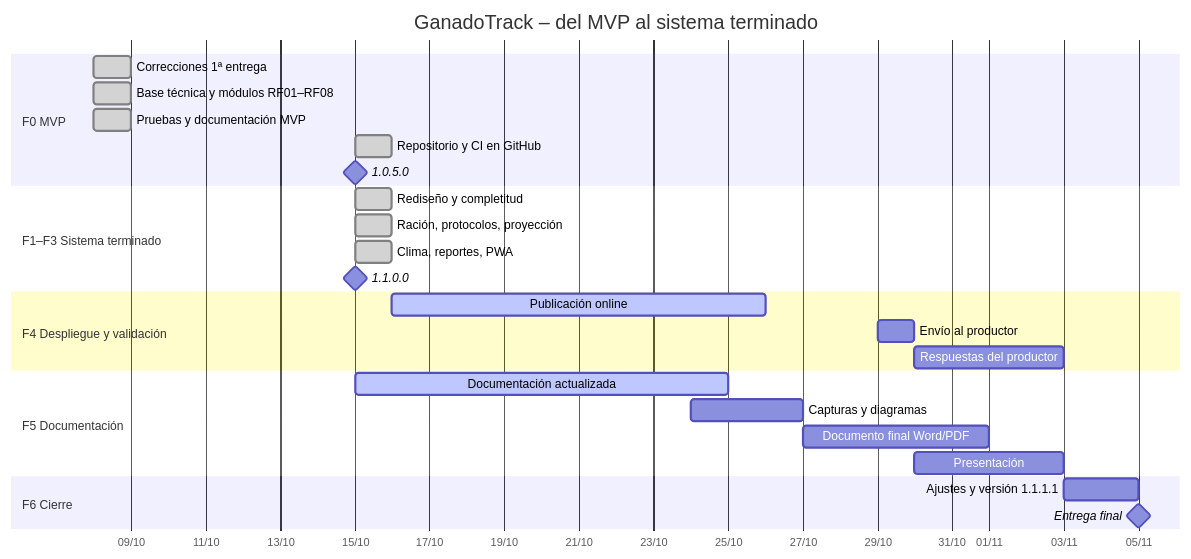
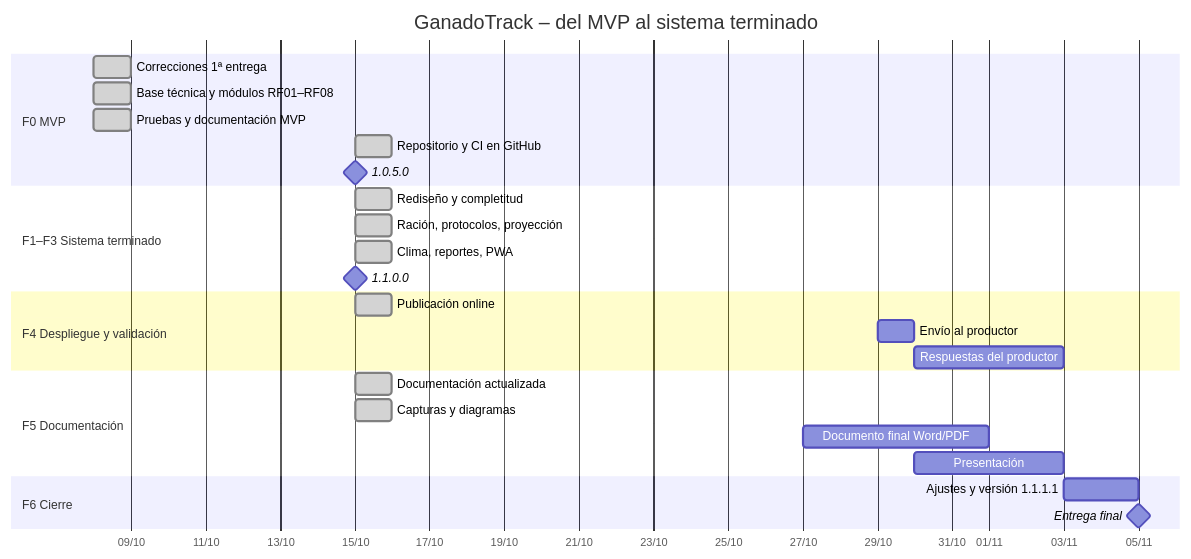
The diagram in docs/entrega2/14-cronograma.md (mateogit114730/ganadotrack), drawn with Mermaid before and after one commit. The commit also changed other lines of this file and 49 other files, not shown here.

First line of the commit message:
#28 - Diagramas en PNG (10, con DER resumido), capturas de GitHub y menú lateral completo en las capturas de página completa

````diff
--- a/docs/entrega2/14-cronograma.md
+++ b/docs/entrega2/14-cronograma.md
@@ -59,34 +59,34 @@
 ```mermaid
 gantt
   title GanadoTrack – del MVP al sistema terminado
   dateFormat YYYY-MM-DD
   axisFormat %d/%m
 
   section F0 MVP
   Correcciones 1ª entrega          :done, t1, 2026-10-08, 1d
   Base técnica y módulos RF01–RF08 :done, t3, 2026-10-08, 1d
   Pruebas y documentación MVP      :done, t13, 2026-10-08, 1d
   Repositorio y CI en GitHub       :done, t2, 2026-10-15, 1d
   1.0.5.0                          :milestone, m0, 2026-10-15, 0d
 
   section F1–F3 Sistema terminado
   Rediseño y completitud           :done, t18, 2026-10-15, 1d
   Ración, protocolos, proyección   :done, t20, 2026-10-15, 1d
   Clima, reportes, PWA             :done, t23, 2026-10-15, 1d
   1.1.0.0                          :milestone, m3, 2026-10-15, 0d
 
   section F4 Despliegue y validación
-  Publicación online               :active, t16, 2026-10-16, 10d
+  Publicación online               :done, t16, 2026-10-15, 1d
   Envío al productor               :t14a, 2026-10-29, 1d
   Respuestas del productor         :t14b, 2026-10-30, 4d
 
   section F5 Documentación
-  Documentación actualizada        :active, t15, 2026-10-15, 10d
-  Capturas y diagramas             :t28, 2026-10-24, 3d
+  Documentación actualizada        :done, t15, 2026-10-15, 1d
+  Capturas y diagramas             :done, t28, 2026-10-15, 1d
   Documento final Word/PDF         :t27, 2026-10-27, 5d
   Presentación                     :t17, 2026-10-30, 4d
 
   section F6 Cierre
   Ajustes y versión 1.1.1.1        :t29, 2026-11-03, 2d
   Entrega final                    :milestone, m6, 2026-11-05, 0d
 ```
````
